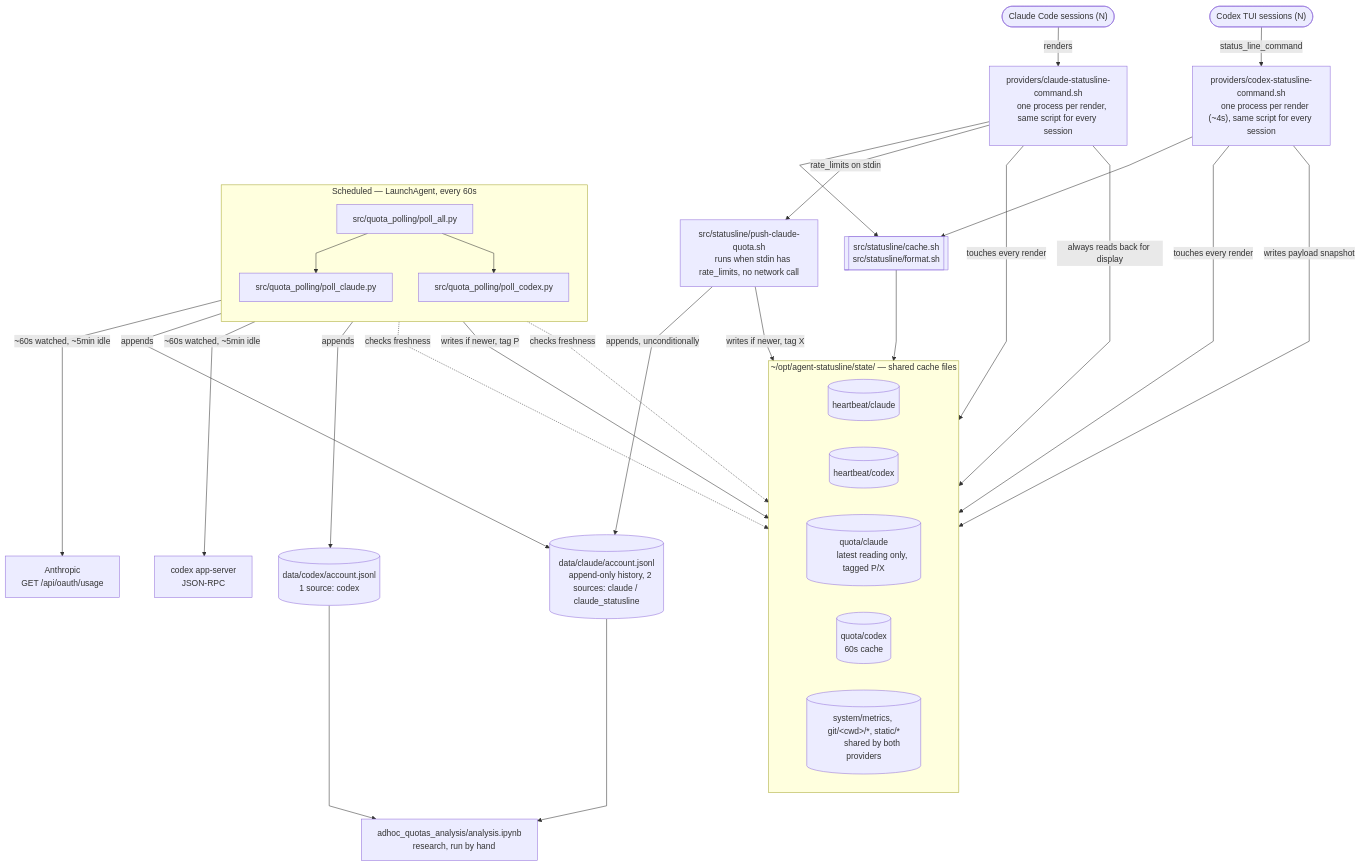
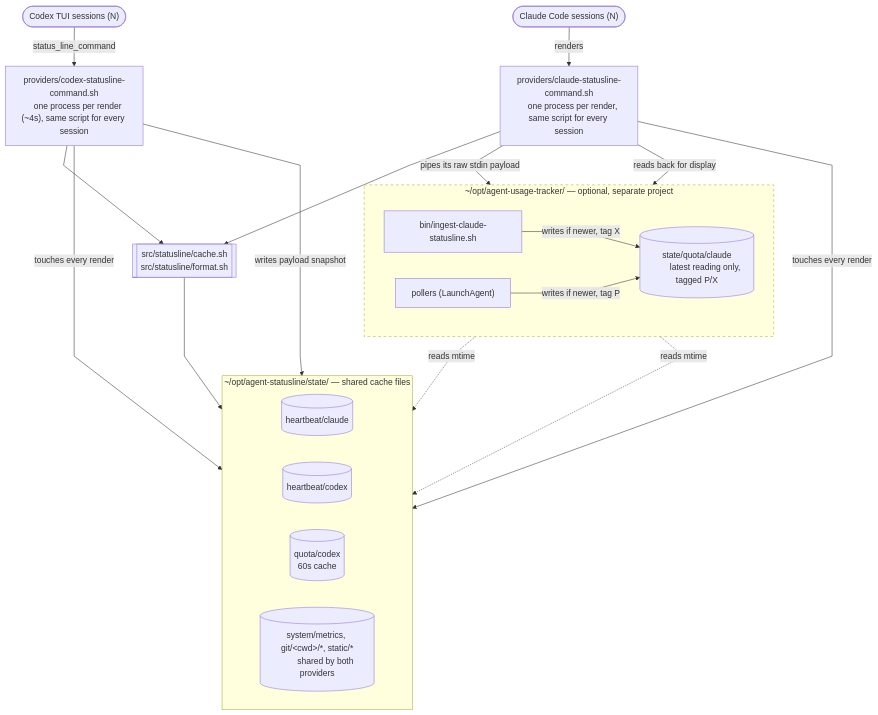
Before and after one commit to JeanLescutMuller/agent-statusline: the diagram in README.md, drawn with Mermaid. The commit also changed other lines of this file and 45 other files, not shown here.

First line of the commit message:
Move usage tracking to agent-usage-tracker

````diff
--- a/README.md
+++ b/README.md
@@ -78,78 +33,52 @@
 ```mermaid
 %%{init: {"flowchart": {"curve": "linear"}}}%%
 flowchart TB
     claudeS(["Claude Code sessions (N)"])
     codexS(["Codex TUI sessions (N)"])
 
     provclaude["providers/claude-statusline-command.sh
     one process per render, same script for every session"]
     provcodex["providers/codex-statusline-command.sh
     one process per render (~4s), same script for every session"]
 
     sharedlib[["src/statusline/cache.sh
     src/statusline/format.sh"]]
 
     subgraph state["~/opt/agent-statusline/state/ — shared cache files"]
         direction LR
         hbC[("heartbeat/claude")]
         hbX[("heartbeat/codex")]
-        ccC[("quota/claude
-        latest reading only, tagged P/X")]
         ccX[("quota/codex
         60s cache")]
         ccOther[("system/metrics, git/&lt;cwd&gt;/*, static/*
         shared by both providers")]
     end
 
-    pushscript["src/statusline/push-claude-quota.sh
-    runs when stdin has rate_limits, no network call"]
-
-    claudelog[("data/claude/account.jsonl
-    append-only history, 2 sources: claude / claude_statusline")]
-    codexlog[("data/codex/account.jsonl
-    1 source: codex")]
-
-    subgraph pollers["Scheduled — LaunchAgent, every 60s"]
-        direction TB
-        pollall["src/quota_polling/poll_all.py"]
-        pollclaude["src/quota_polling/poll_claude.py"]
-        pollcodex["src/quota_polling/poll_codex.py"]
+    subgraph tracker["~/opt/agent-usage-tracker/ — optional, separate project"]
+        direction LR
+        ingest["bin/ingest-claude-statusline.sh"]
+        ccC[("state/quota/claude
+        latest reading only, tagged P/X")]
+        pollers["pollers (LaunchAgent)"]
     end
-
-    anthropicusage["Anthropic
-    GET /api/oauth/usage"]
-    codexrpc["codex app-server
-    JSON-RPC"]
-    notebook["adhoc_quotas_analysis/analysis.ipynb
-    research, run by hand"]
 
     claudeS -->|renders| provclaude
     codexS -->|"status_line_command"| provcodex
 
     provclaude --> sharedlib
     provcodex --> sharedlib
     sharedlib --> ccOther
 
     provclaude -->|touches every render| hbC
     provcodex -->|touches every render| hbX
-
-    provclaude -->|"rate_limits on stdin"| pushscript
-    pushscript -->|"appends, unconditionally"| claudelog
-    pushscript -->|"writes if newer, tag X"| ccC
-    provclaude -->|"always reads back for display"| ccC
-
     provcodex -->|writes payload snapshot| ccX
 
-    pollall --> pollclaude
-    pollall --> pollcodex
-    pollclaude -.->|checks freshness| hbC
-    pollclaude -->|"~60s watched, ~5min idle"| anthropicusage
-    pollclaude -->|appends| claudelog
-    pollclaude -->|"writes if newer, tag P"| ccC
-    pollcodex -.->|checks freshness| hbX
-    pollcodex -->|"~60s watched, ~5min idle"| codexrpc
-    pollcodex -->|appends| codexlog
+    provclaude -->|"pipes its raw stdin payload"| ingest
+    ingest -->|"writes if newer, tag X"| ccC
+    provclaude -->|"reads back for display"| ccC
+    pollers -.->|"reads mtime"| hbC
+    pollers -.->|"reads mtime"| hbX
+    pollers -->|"writes if newer, tag P"| ccC
 
-    claudelog --> notebook
-    codexlog --> notebook
+    style tracker stroke-dasharray: 5 5
 ```
````
